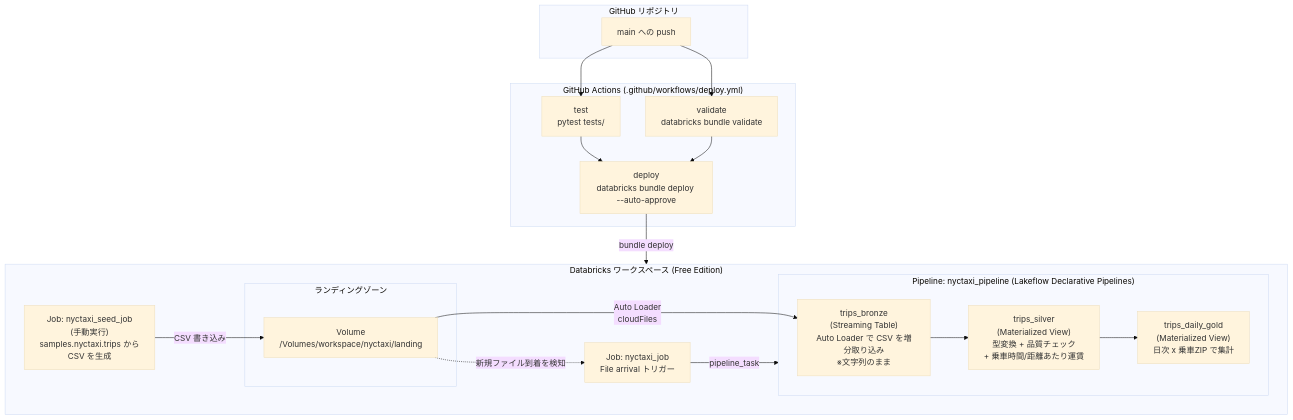
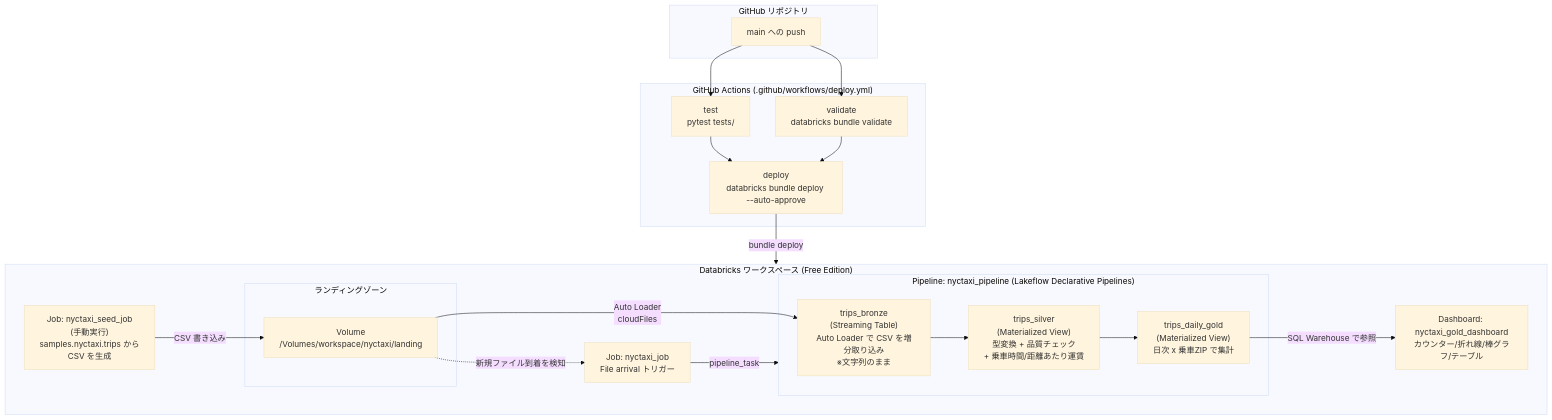
One commit to shimazakis0523/databricks-dab-practice changed the diagram in README.md. Above: the diagram before and after it, drawn with Mermaid (base theme). The commit also changed other lines of this file and 5 other files, not shown here.

First line of the commit message:
Add a DAB-managed BI dashboard over trips_daily_gold

````diff
--- a/README.md
+++ b/README.md
@@ -28,40 +29,43 @@
 ```mermaid
 flowchart TB
     subgraph GitHub["GitHub リポジトリ"]
         Push["main への push"]
     end
 
     subgraph CI["GitHub Actions (.github/workflows/deploy.yml)"]
         Test["test\npytest tests/"]
         Validate["validate\ndatabricks bundle validate"]
         Deploy["deploy\ndatabricks bundle deploy --auto-approve"]
         Test --> Deploy
         Validate --> Deploy
     end
 
     subgraph DBX["Databricks ワークスペース (Free Edition)"]
         subgraph Landing["ランディングゾーン"]
             Volume["Volume\n/Volumes/workspace/nyctaxi/landing"]
         end
 
         SeedJob["Job: nyctaxi_seed_job\n(手動実行)\nsamples.nyctaxi.trips から\nCSV を生成"]
 
         subgraph Pipeline["Pipeline: nyctaxi_pipeline (Lakeflow Declarative Pipelines)"]
             Bronze["trips_bronze\n(Streaming Table)\nAuto Loader で CSV を増分取り込み\n※文字列のまま"]
             Silver["trips_silver\n(Materialized View)\n型変換 + 品質チェック\n+ 乗車時間/距離あたり運賃"]
             Gold["trips_daily_gold\n(Materialized View)\n日次 x 乗車ZIP で集計"]
             Bronze --> Silver --> Gold
         end
 
         NyctaxiJob["Job: nyctaxi_job\nFile arrival トリガー"]
+
+        Dashboard["Dashboard: nyctaxi_gold_dashboard\nカウンター/折れ線/棒グラフ/テーブル"]
     end
 
     Push --> Test
     Push --> Validate
     Deploy -->|"bundle deploy"| DBX
 
     SeedJob -->|"CSV 書き込み"| Volume
     Volume -.->|"新規ファイル到着を検知"| NyctaxiJob
     NyctaxiJob -->|"pipeline_task"| Pipeline
     Volume -->|"Auto Loader\ncloudFiles"| Bronze
+    Gold -->|"SQL Warehouse で参照"| Dashboard
 ```
````
